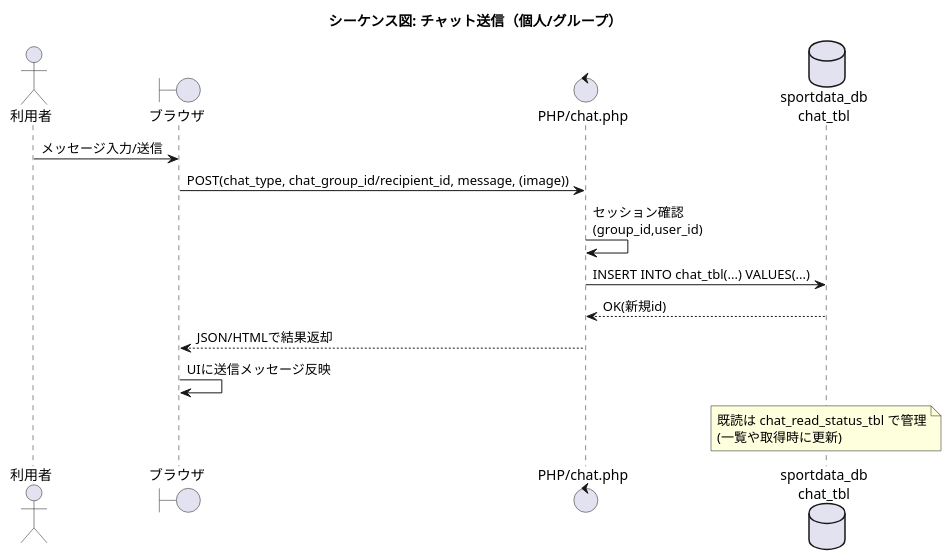
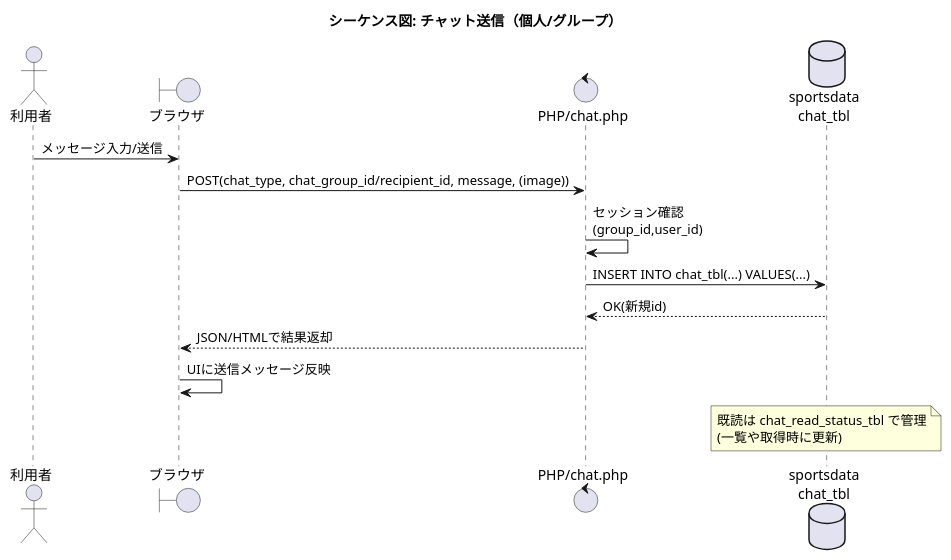
Before and after one commit to y24514/Graduation-research: the diagram in sportdataapp/docs/uml/sequence-chat-send.puml, drawn with PlantUML. The commit also changed 69 other files, not shown here.

```diff
--- a/sportdataapp/docs/uml/sequence-chat-send.puml
+++ b/sportdataapp/docs/uml/sequence-chat-send.puml
@@ -1,22 +1,22 @@
 @startuml
 title シーケンス図: チャット送信（個人/グループ）
 
 actor User as "利用者"
 boundary Browser as "ブラウザ"
 control ChatPHP as "PHP/chat.php"
-database DB as "sportdata_db\nchat_tbl"
+database DB as "sportsdata\nchat_tbl"
 
 User -> Browser : メッセージ入力/送信
 Browser -> ChatPHP : POST(chat_type, chat_group_id/recipient_id, message, (image))
 ChatPHP -> ChatPHP : セッション確認\n(group_id,user_id)
 ChatPHP -> DB : INSERT INTO chat_tbl(...) VALUES(...)
 DB --> ChatPHP : OK(新規id)
 ChatPHP --> Browser : JSON/HTMLで結果返却
 Browser -> Browser : UIに送信メッセージ反映
 
 note over DB
 既読は chat_read_status_tbl で管理
 (一覧や取得時に更新)
 end note
 
 @enduml
```
